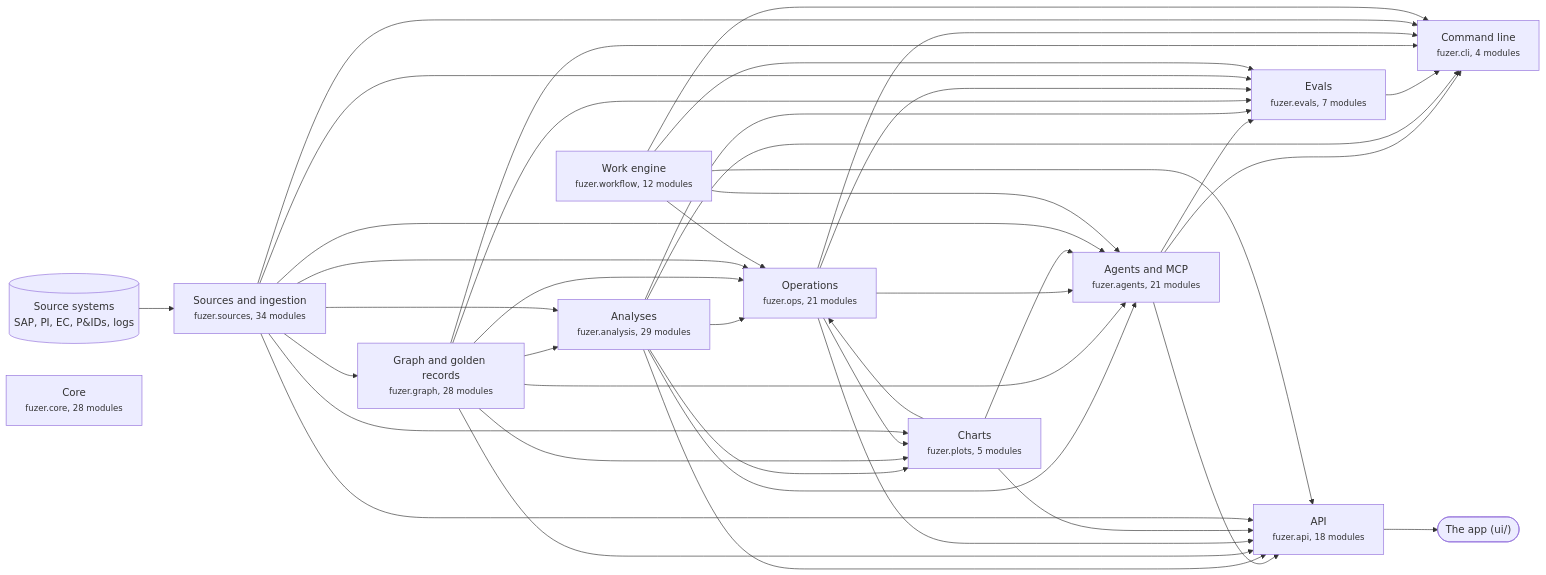
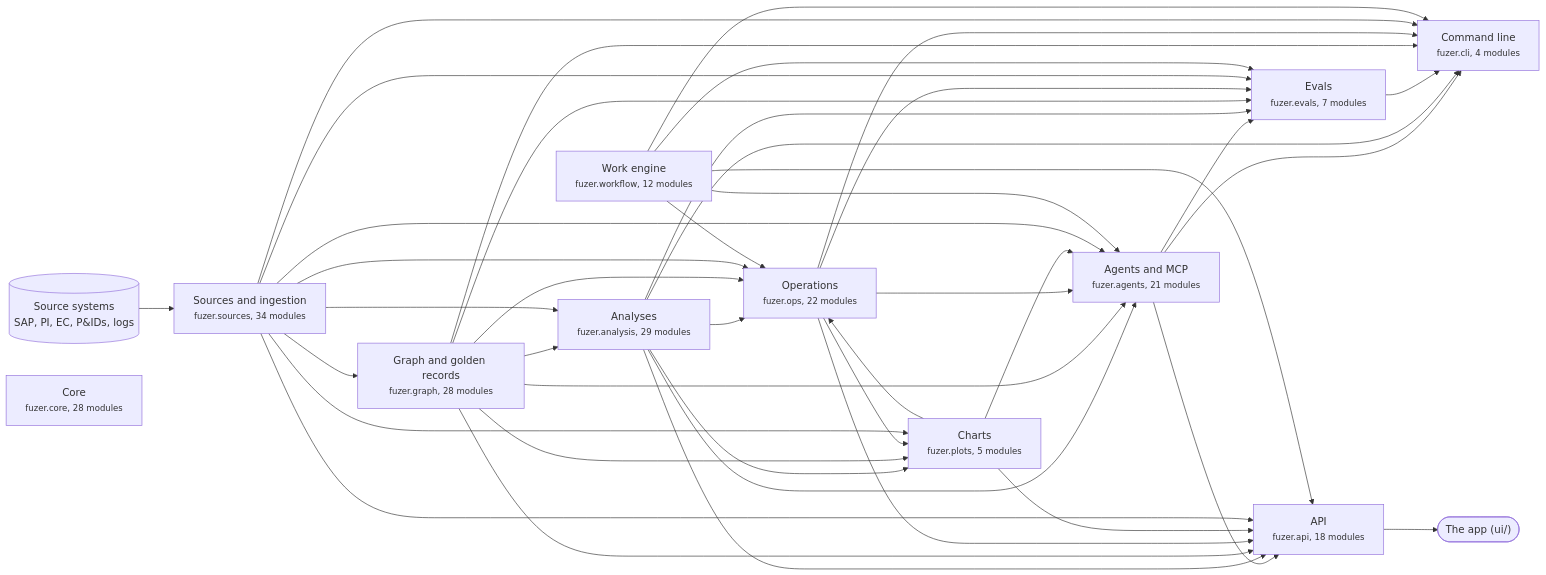
The first of 3 diagrams in docs/architecture.md (areed145/fuzer), drawn with Mermaid before and after one commit. The commit also changed other lines of this file and 13 other files, not shown here.

````diff
--- a/docs/architecture.md
+++ b/docs/architecture.md
@@ -8,66 +8,66 @@
 ```mermaid
 flowchart LR
   systems[("Source systems<br>SAP, PI, EC, P&IDs, logs")] --> c_sources
   app(["The app (ui/)"])
   c_api --> app
   c_sources["Sources and ingestion<br><small>fuzer.sources, 34 modules</small>"]
   c_graph["Graph and golden records<br><small>fuzer.graph, 28 modules</small>"]
   c_analysis["Analyses<br><small>fuzer.analysis, 29 modules</small>"]
-  c_ops["Operations<br><small>fuzer.ops, 21 modules</small>"]
+  c_ops["Operations<br><small>fuzer.ops, 22 modules</small>"]
   c_plots["Charts<br><small>fuzer.plots, 5 modules</small>"]
   c_workflow["Work engine<br><small>fuzer.workflow, 12 modules</small>"]
   c_agents["Agents and MCP<br><small>fuzer.agents, 21 modules</small>"]
   c_evals["Evals<br><small>fuzer.evals, 7 modules</small>"]
   c_api["API<br><small>fuzer.api, 18 modules</small>"]
   c_cli["Command line<br><small>fuzer.cli, 4 modules</small>"]
   c_core["Core<br><small>fuzer.core, 28 modules</small>"]
   c_sources --> c_graph
   c_graph --> c_analysis
   c_sources --> c_analysis
   c_analysis --> c_ops
   c_graph --> c_ops
   c_plots --> c_ops
   c_sources --> c_ops
   c_workflow --> c_ops
   c_analysis --> c_plots
   c_graph --> c_plots
   c_ops --> c_plots
   c_sources --> c_plots
   c_analysis --> c_agents
   c_graph --> c_agents
   c_ops --> c_agents
   c_plots --> c_agents
   c_sources --> c_agents
   c_workflow --> c_agents
   c_agents --> c_evals
   c_analysis --> c_evals
   c_graph --> c_evals
   c_ops --> c_evals
   c_sources --> c_evals
   c_workflow --> c_evals
   c_agents --> c_api
   c_analysis --> c_api
   c_graph --> c_api
   c_ops --> c_api
   c_plots --> c_api
   c_sources --> c_api
   c_workflow --> c_api
   c_agents --> c_cli
   c_analysis --> c_cli
   c_evals --> c_cli
   c_graph --> c_cli
   c_ops --> c_cli
   c_sources --> c_cli
   c_workflow --> c_cli
   click c_sources "https://github.com/areed145/fuzer/tree/main/src/fuzer/sources"
   click c_graph "https://github.com/areed145/fuzer/tree/main/src/fuzer/graph"
   click c_analysis "https://github.com/areed145/fuzer/tree/main/src/fuzer/analysis"
   click c_ops "https://github.com/areed145/fuzer/tree/main/src/fuzer/ops"
   click c_plots "https://github.com/areed145/fuzer/tree/main/src/fuzer/plots"
   click c_workflow "https://github.com/areed145/fuzer/tree/main/src/fuzer/workflow"
   click c_agents "https://github.com/areed145/fuzer/tree/main/src/fuzer/agents"
   click c_evals "https://github.com/areed145/fuzer/tree/main/src/fuzer/evals"
   click c_api "https://github.com/areed145/fuzer/tree/main/src/fuzer/api"
   click c_cli "https://github.com/areed145/fuzer/tree/main/src/fuzer/cli"
   click c_core "https://github.com/areed145/fuzer/tree/main/src/fuzer/core"
 ```
````
